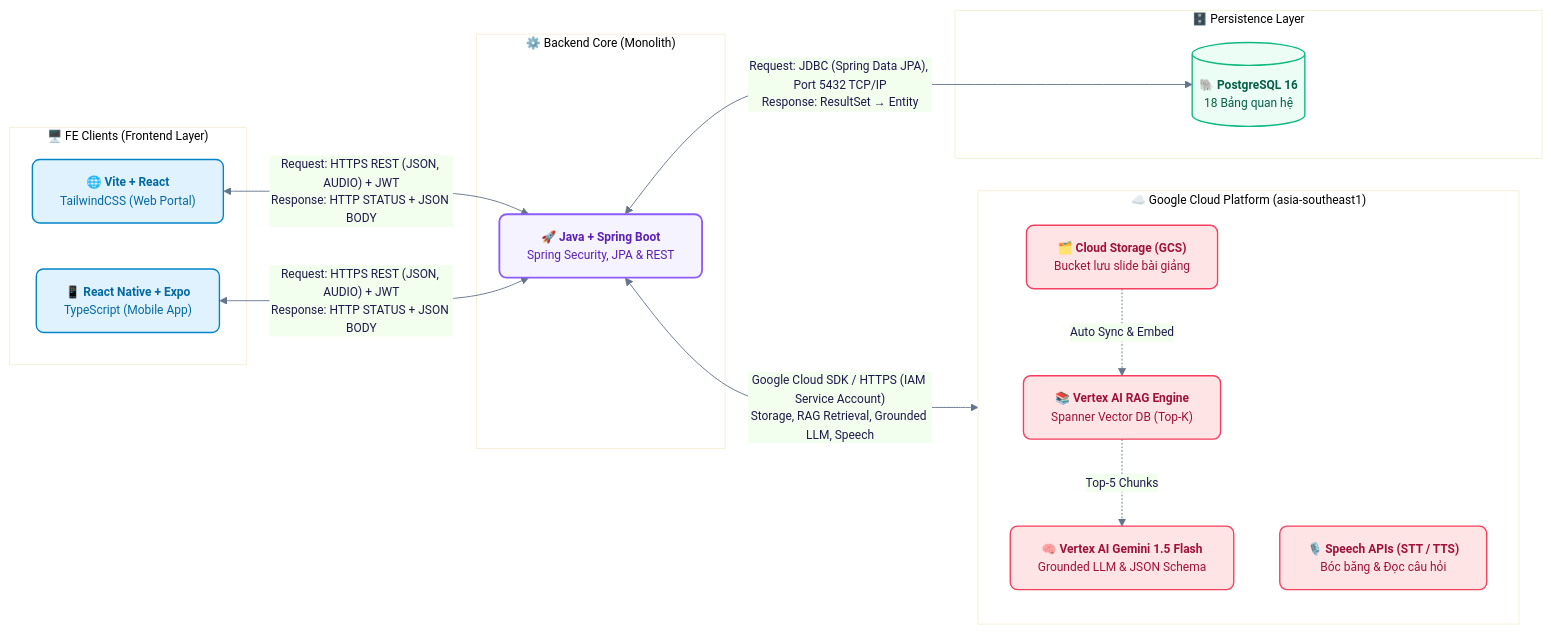
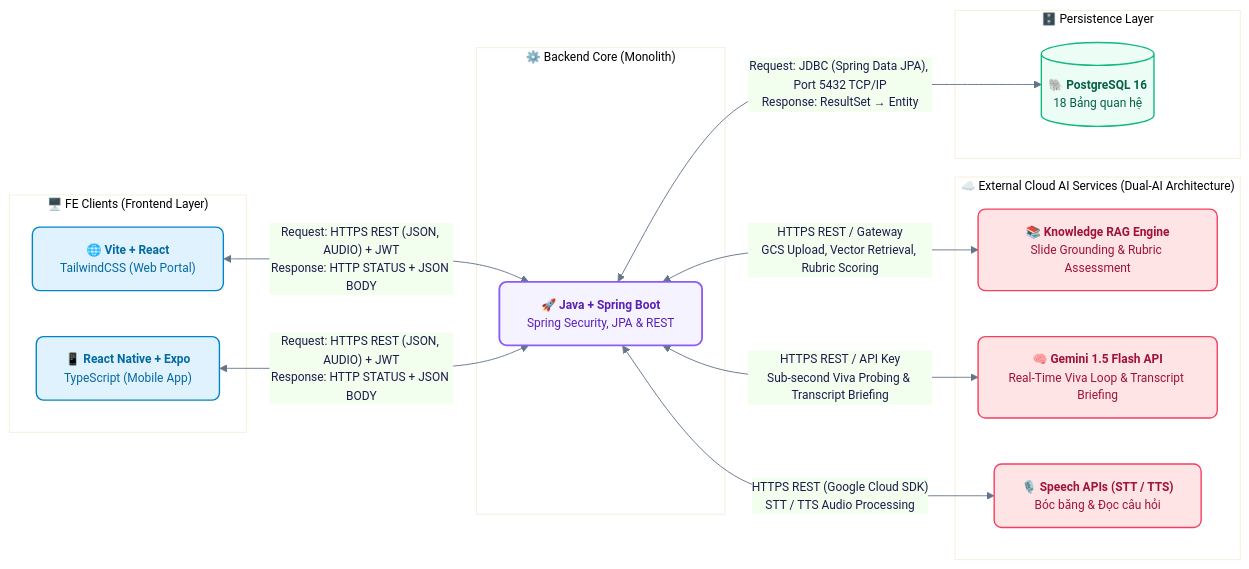
One commit to SWD392-Group-4/AI-powered-Viva-Exam-System changed the first of 2 diagrams in document/02-architecture-design/README.md. Above: the diagram before and after it, drawn with Mermaid. The commit also changed other lines of this file and 8 other files, not shown here.

Commit message:
docs: add system documentation, sequence diagrams, and architecture design report

````diff
--- a/document/02-architecture-design/README.md
+++ b/document/02-architecture-design/README.md
@@ -15,47 +15,46 @@
 ```mermaid
 %%{init: {
   'theme': 'base',
   'themeVariables': {
     'primaryColor': '#EEF2FF',
     'primaryTextColor': '#1E1B4B',
     'primaryBorderColor': '#6366F1',
     'lineColor': '#64748B',
     'fontFamily': 'Inter, system-ui, -apple-system, sans-serif',
     'fontSize': '13px'
   }
 }}%%
 flowchart LR
     %% Định nghĩa bảng màu ngữ nghĩa chuẩn thiết kế
     classDef client fill:#E0F2FE,stroke:#0284C7,stroke-width:1.5px,color:#0369A1,rx:8,ry:8;
     classDef backend fill:#F5F3FF,stroke:#8B5CF6,stroke-width:2px,color:#5B21B6,rx:8,ry:8;
     classDef ai fill:#FFE4E6,stroke:#F43F5E,stroke-width:1.5px,color:#9F1239,rx:8,ry:8;
     classDef db fill:#ECFDF5,stroke:#10B981,stroke-width:1.5px,color:#065F46,rx:4,ry:4;
 
     subgraph FE [" 🖥️ FE Clients (Frontend Layer) "]
         REACT["🌐 <b>Vite + React</b><br/>TailwindCSS (Web Portal)"]:::client
         MOBILE["📱 <b>React Native + Expo</b><br/>TypeScript (Mobile App)"]:::client
     end
 
     subgraph BE [" ⚙️ Backend Core (Monolith) "]
         SPRING["🚀 <b>Java + Spring Boot</b><br/>Spring Security, JPA & REST"]:::backend
     end
 
-    subgraph EXT [" ☁️ Google Cloud Platform (asia-southeast1) "]
-        GCS["🗂️ <b>Cloud Storage (GCS)</b><br/>Bucket lưu slide bài giảng"]:::ai
-        RAG["📚 <b>Vertex AI RAG Engine</b><br/>Spanner Vector DB (Top-K)"]:::ai
-        GEMINI["🧠 <b>Vertex AI Gemini 1.5 Flash</b><br/>Grounded LLM & JSON Schema"]:::ai
+    subgraph EXT [" ☁️ External Cloud AI Services (Dual-AI Architecture) "]
+        RAG["📚 <b>Knowledge RAG Engine</b><br/>Slide Grounding & Rubric Assessment"]:::ai
+        GEMINI["🧠 <b>Gemini 1.5 Flash API</b><br/>Real-Time Viva Loop & Transcript Briefing"]:::ai
         SPEECH["🎙️ <b>Speech APIs (STT / TTS)</b><br/>Bóc băng & Đọc câu hỏi"]:::ai
     end
 
     subgraph DB [" 🗄️ Persistence Layer "]
         PG[("🐘 <b>PostgreSQL 16</b><br/>18 Bảng quan hệ")]:::db
     end
 
     %% Luồng kết nối với nhãn giao thức rõ ràng
     REACT <--> |"Request: HTTPS REST (JSON, AUDIO) + JWT<br/>Response: HTTP STATUS + JSON BODY"| SPRING
     MOBILE <--> |"Request: HTTPS REST (JSON, AUDIO) + JWT<br/>Response: HTTP STATUS + JSON BODY"| SPRING
-    SPRING <--> |"Google Cloud SDK / HTTPS (IAM Service Account)<br/>Storage, RAG Retrieval, Grounded LLM, Speech"| EXT
-    GCS -. "Auto Sync & Embed" .-> RAG
-    RAG -. "Top-5 Chunks" .-> GEMINI
+    SPRING <--> |"HTTPS REST / Gateway<br/>GCS Upload, Vector Retrieval, Rubric Scoring"| RAG
+    SPRING <--> |"HTTPS REST / API Key<br/>Sub-second Viva Probing & Transcript Briefing"| GEMINI
+    SPRING <--> |"HTTPS REST (Google Cloud SDK)<br/>STT / TTS Audio Processing"| SPEECH
     SPRING <--> |"Request: JDBC (Spring Data JPA), Port 5432 TCP/IP<br/>Response: ResultSet → Entity"| PG
 ```
````
